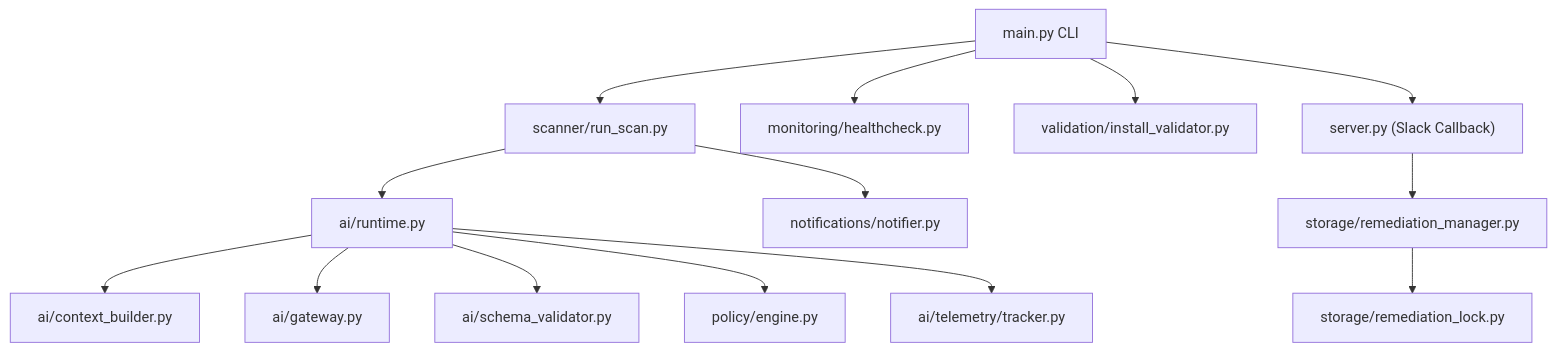
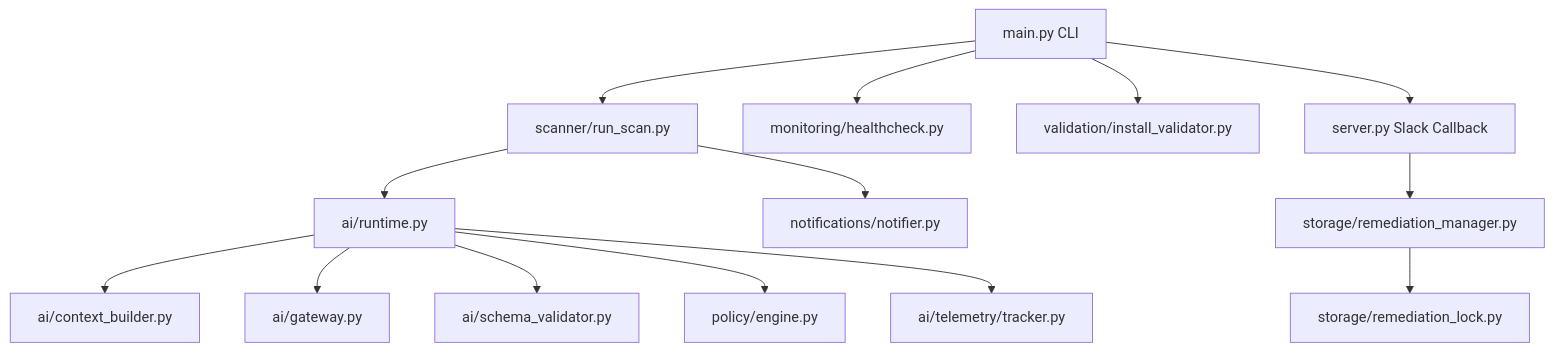
Before and after one commit to VaishnavSreekumar/sentinelfinops: the second of 11 diagrams in ARCHITECTURE.md, drawn with Mermaid. The commit also changed other lines of this file, not shown here.

Commit message:
docs: resolve Mermaid edge label parenthesis parsing issues in ARCHITECTURE.md

````diff
--- a/ARCHITECTURE.md
+++ b/ARCHITECTURE.md
@@ -51,18 +51,18 @@
 ```mermaid
 flowchart TD
     main["main.py CLI"] --> RunScan["scanner/run_scan.py"]
     main --> HealthCheck["monitoring/healthcheck.py"]
     main --> Validator["validation/install_validator.py"]
-    main --> Server["server.py (Slack Callback)"]
+    main --> Server["server.py Slack Callback"]
 
     RunScan --> AIRuntime["ai/runtime.py"]
     AIRuntime --> ContextBuilder["ai/context_builder.py"]
     AIRuntime --> AIGateway["ai/gateway.py"]
     AIRuntime --> SchemaValidator["ai/schema_validator.py"]
     AIRuntime --> PolicyEngine["policy/engine.py"]
     AIRuntime --> TelemetryTracker["ai/telemetry/tracker.py"]
 
     RunScan --> Notifier["notifications/notifier.py"]
     Server --> RemediationManager["storage/remediation_manager.py"]
     RemediationManager --> DDBLocks["storage/remediation_lock.py"]
 ```
````
